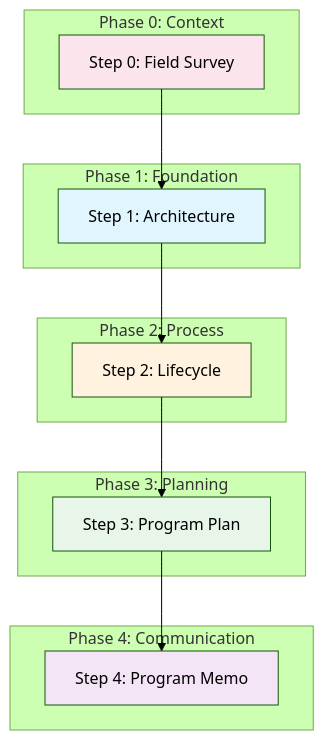
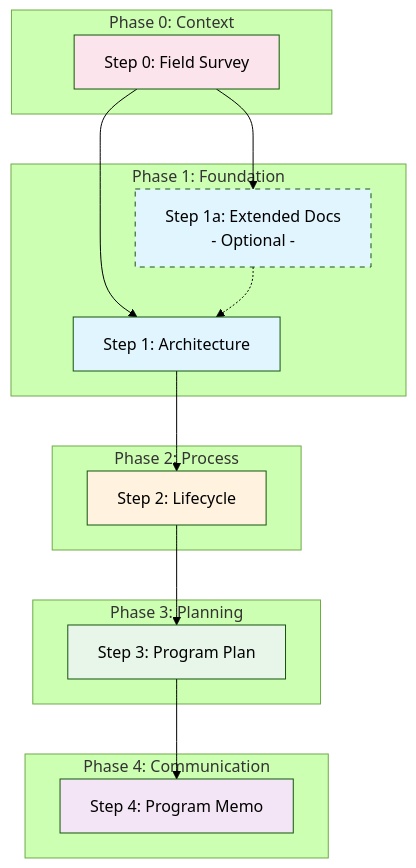
The diagram in 00_vertices/runbook-program-development.md (BlockScience/assurances-audits-accountability), drawn with Mermaid (forest theme) before and after one commit. The commit also changed other lines of this file and 18 other files, not shown here.

````diff
--- a/00_vertices/runbook-program-development.md
+++ b/00_vertices/runbook-program-development.md
@@ -122,33 +122,37 @@
 ```mermaid
 flowchart TB
     subgraph Phase0[Phase 0: Context]
         S0[Step 0: Field Survey]
     end
 
     subgraph Phase1[Phase 1: Foundation]
+        S1a[Step 1a: Extended Docs\n- Optional -]
         S1[Step 1: Architecture]
     end
 
     subgraph Phase2[Phase 2: Process]
         S2[Step 2: Lifecycle]
     end
 
     subgraph Phase3[Phase 3: Planning]
         S3[Step 3: Program Plan]
     end
 
     subgraph Phase4[Phase 4: Communication]
         S4[Step 4: Program Memo]
     end
 
+    S0 --> S1a
     S0 --> S1
+    S1a -.-> S1
     S1 --> S2
     S2 --> S3
     S3 --> S4
 
     style S0 fill:#fce4ec
+    style S1a fill:#e1f5fe,stroke-dasharray: 5 5
     style S1 fill:#e1f5fe
     style S2 fill:#fff3e0
     style S3 fill:#e8f5e9
     style S4 fill:#f3e5f5
 ```
````
